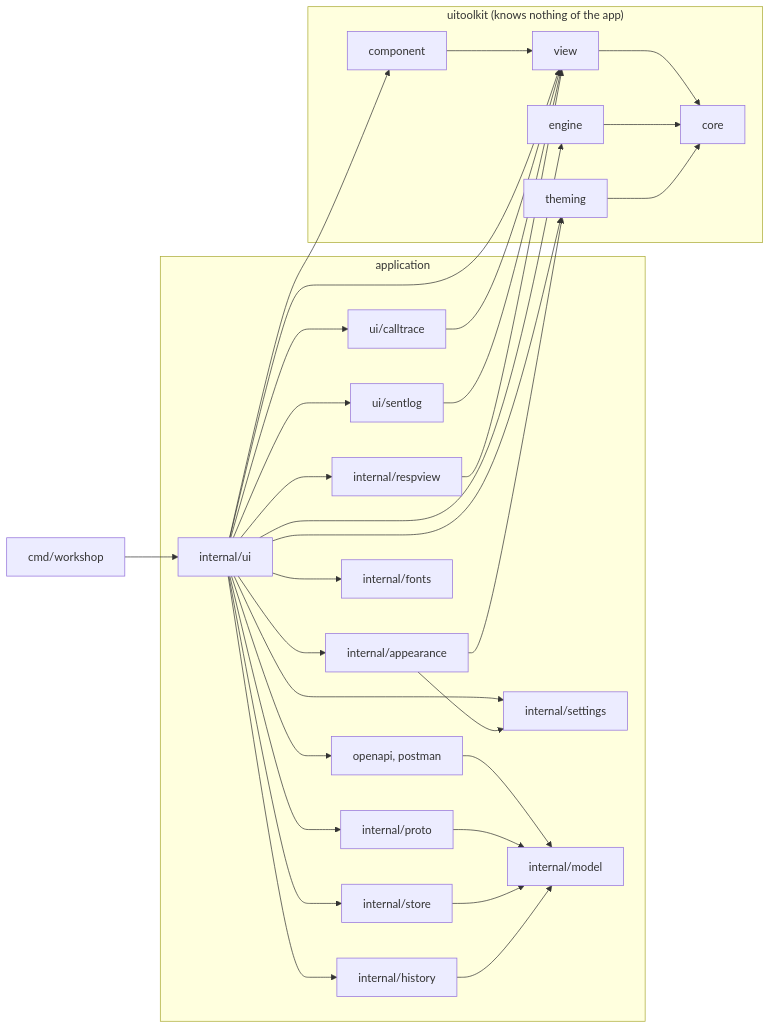
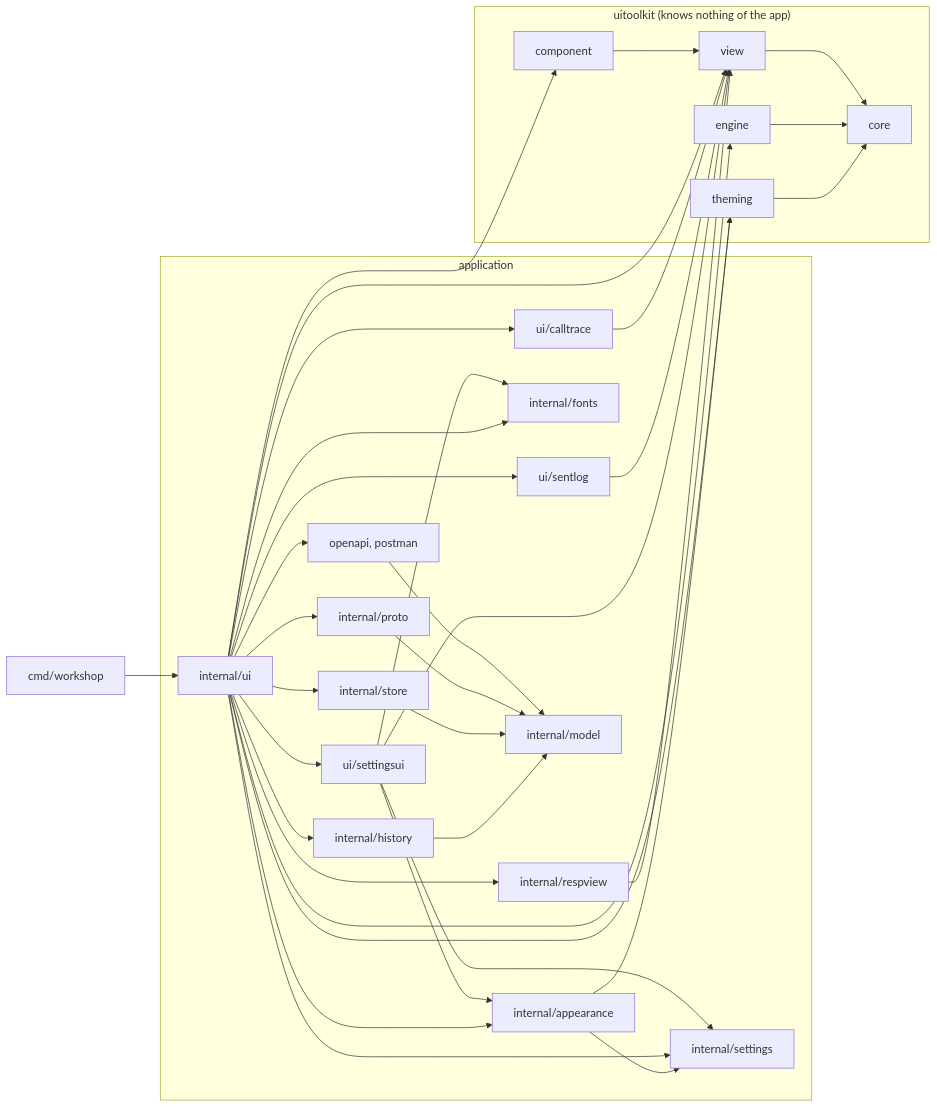
One commit to gascoigne-ai/gascoigne-workshop changed the diagram in .harness/architecture.md. Above: the diagram before and after it, drawn with Mermaid. The commit also changed other lines of this file and 21 other files, not shown here.

````diff
--- a/.harness/architecture.md
+++ b/.harness/architecture.md
@@ -5,35 +5,40 @@
 ```mermaid
 flowchart LR
   cmd["cmd/workshop"] --> ui["internal/ui"]
   subgraph app["application"]
     ui --> calltrace["ui/calltrace"]
     ui --> sentlog["ui/sentlog"]
+    ui --> settingsui["ui/settingsui"]
+    settingsui --> settings
+    settingsui --> fonts
+    settingsui --> appearance
     ui --> appearance["internal/appearance"]
     ui --> respview["internal/respview"]
     ui --> store["internal/store"]
     ui --> imports["openapi, postman"]
     ui --> fonts["internal/fonts"]
     ui --> history["internal/history"]
     ui --> settings["internal/settings"]
     ui --> proto["internal/proto"]
     imports --> model["internal/model"]
     proto --> model
     store --> model
     history --> model
   end
   subgraph toolkit["uitoolkit (knows nothing of the app)"]
     component["component"] --> view["view"]
     view --> core["core"]
     engine["engine"] --> core
     theming["theming"] --> core
   end
   ui --> component
   ui --> view
   ui --> engine
   ui --> theming
   calltrace --> view
   sentlog --> view
+  settingsui --> view
   appearance --> theming
   appearance --> settings
   respview --> view
 ```
````
